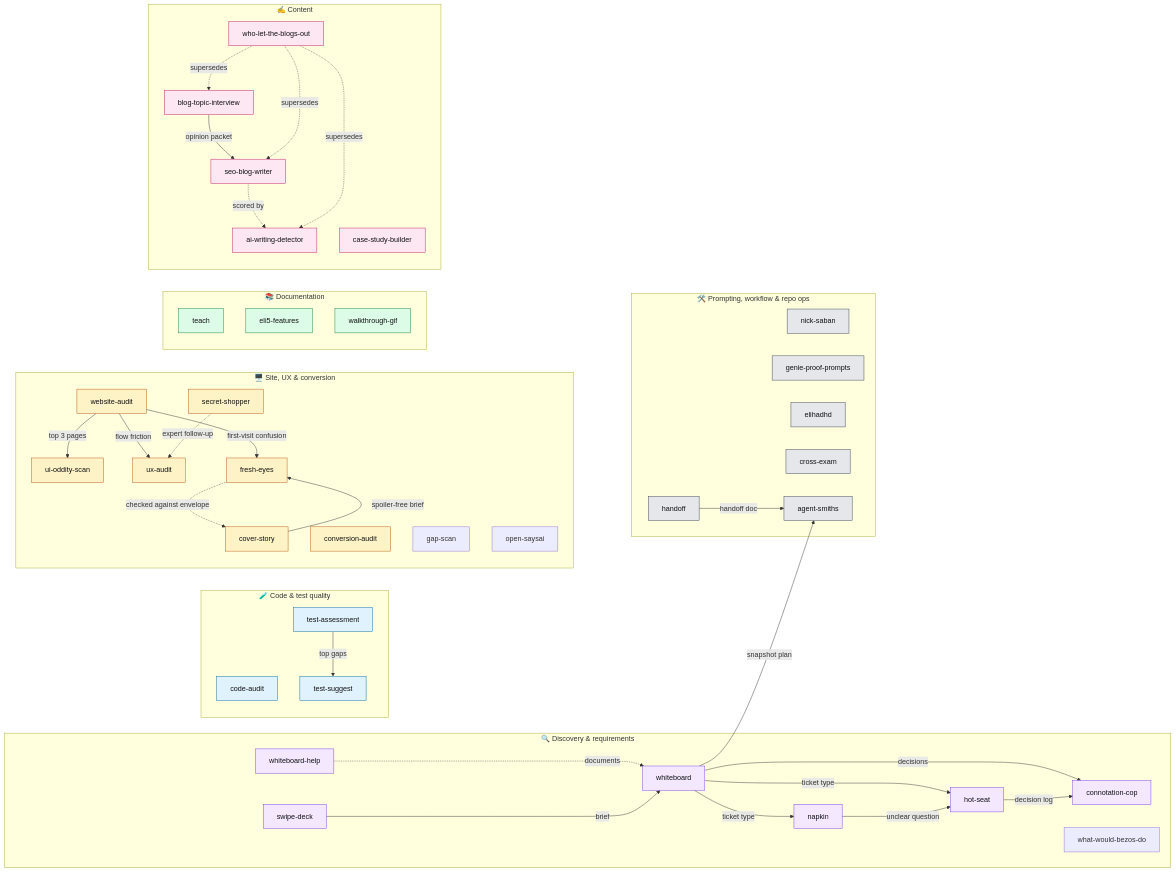
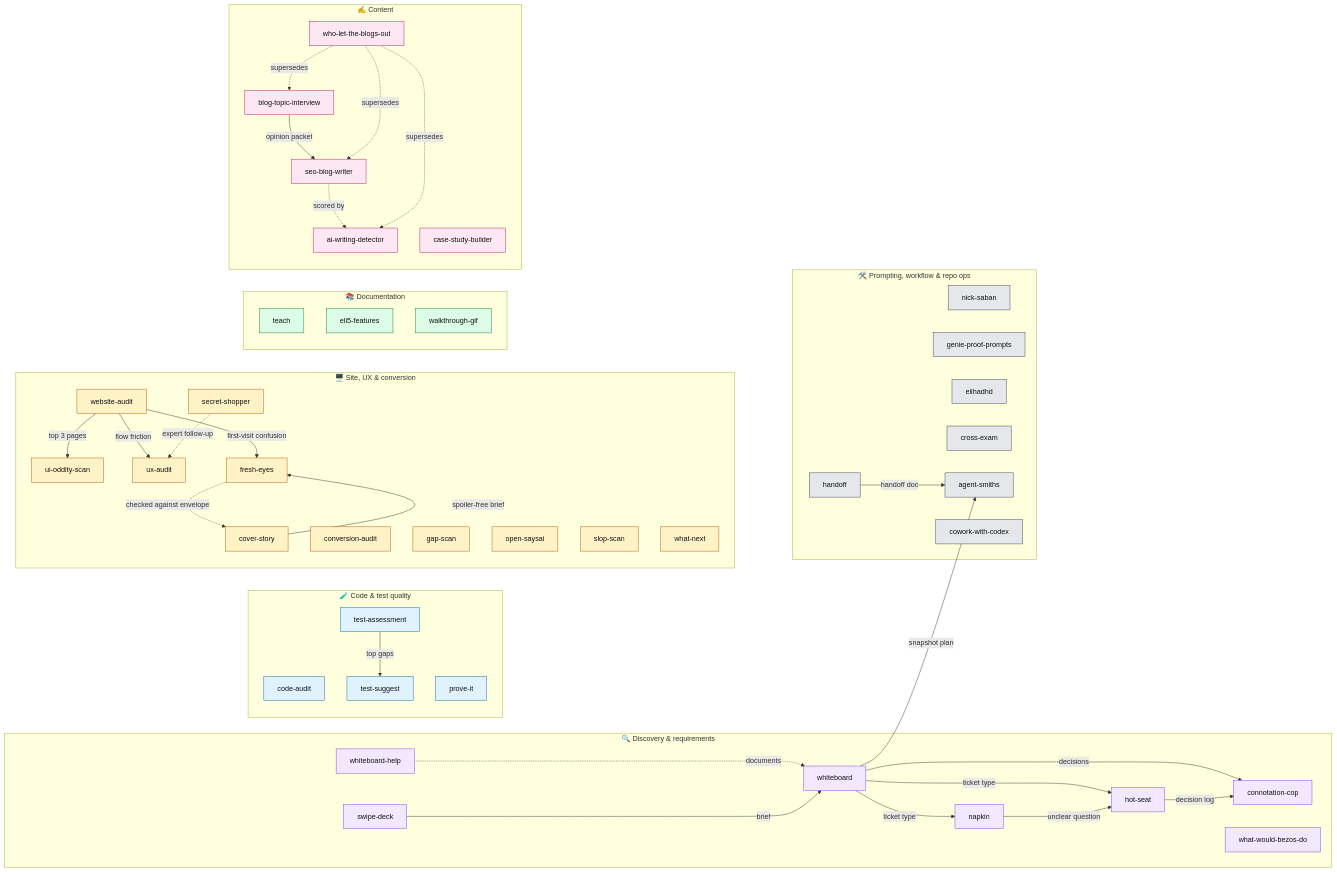
Before and after one commit to Theycallmeholla/skills: the diagram in README.md, drawn with Mermaid. The commit also changed other lines of this file and 3 other files, not shown here.

````diff
--- a/README.md
+++ b/README.md
@@ -78,6 +80,7 @@
         CA[code-audit]
         TA[test-assessment]
         TS[test-suggest]
+        PI[prove-it]
     end
 
     subgraph UXG["🖥️ Site, UX & conversion"]
@@ -90,6 +93,8 @@
         CS[cover-story]
         SS[secret-shopper]
         OSA[open-saysai]
+        SLS[slop-scan]
+        WN[what-next]
     end
 
     subgraph DOC["📚 Documentation"]
@@ -113,6 +118,7 @@
         EA[elihadhd]
         CX[cross-exam]
         AS[agent-smiths]
+        CWX[cowork-with-codex]
     end
 
     WB -->|ticket type| HS
@@ -147,10 +153,10 @@
     classDef doc fill:#dcfce7,stroke:#15803d,color:#111
     classDef cont fill:#fce7f3,stroke:#be185d,color:#111
     classDef meta fill:#e5e7eb,stroke:#374151,color:#111
-    class SW,HS,NK,CC,WB,WBH disc
-    class CA,TA,TS code
-    class WA,UX1,UO,CV,FE,CS,SS ux
+    class SW,HS,NK,CC,WB,WBH,WWBD disc
+    class CA,TA,TS,PI code
+    class WA,UX1,UO,CV,GS,FE,CS,SS,OSA,SLS,WN ux
     class TE,EL,WG doc
     class WLT,BTI,SEO,AID,CSB cont
-    class NS,GPP,HO,EA,CX,AS meta
+    class NS,GPP,HO,EA,CX,AS,CWX meta
 ```
````
